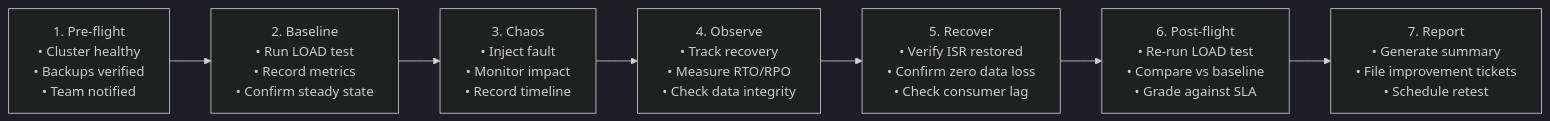
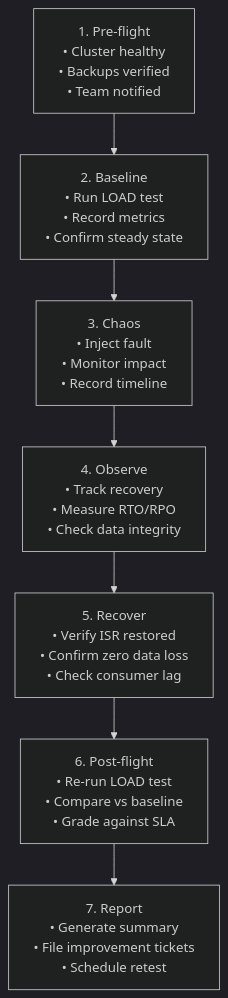
The eighth of 8 diagrams in docs/book/06-chaos-theory.md (actions-marketplace-validations/bmscomp_kates), drawn with Mermaid (dark theme) before and after one commit. The commit also changed other lines of this file and 21 other files, not shown here.

First line of the commit message:
docs(book): readable code and diagrams, and a light/dark theme (#187)

````diff
--- a/docs/book/06-chaos-theory.md
+++ b/docs/book/06-chaos-theory.md
@@ -261,9 +263,9 @@
 ```mermaid
-flowchart LR
+flowchart TB
     P["1. Pre-flight\n• Cluster healthy\n• Backups verified\n• Team notified"] --> B["2. Baseline\n• Run LOAD test\n• Record metrics\n• Confirm steady state"]
     B --> C["3. Chaos\n• Inject fault\n• Monitor impact\n• Record timeline"]
     C --> O["4. Observe\n• Track recovery\n• Measure RTO/RPO\n• Check data integrity"]
     O --> R["5. Recover\n• Verify ISR restored\n• Confirm zero data loss\n• Check consumer lag"]
     R --> PF["6. Post-flight\n• Re-run LOAD test\n• Compare vs baseline\n• Grade against SLA"]
     PF --> RE["7. Report\n• Generate summary\n• File improvement tickets\n• Schedule retest"]
 ```
````
